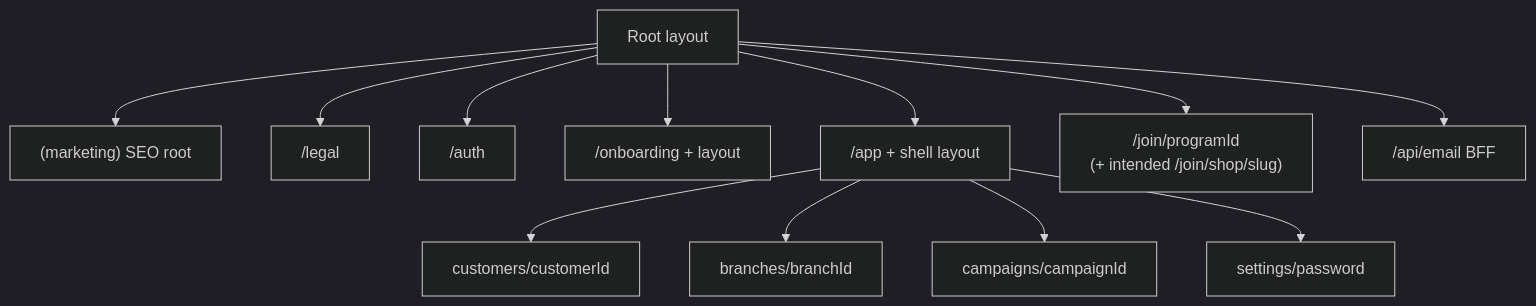
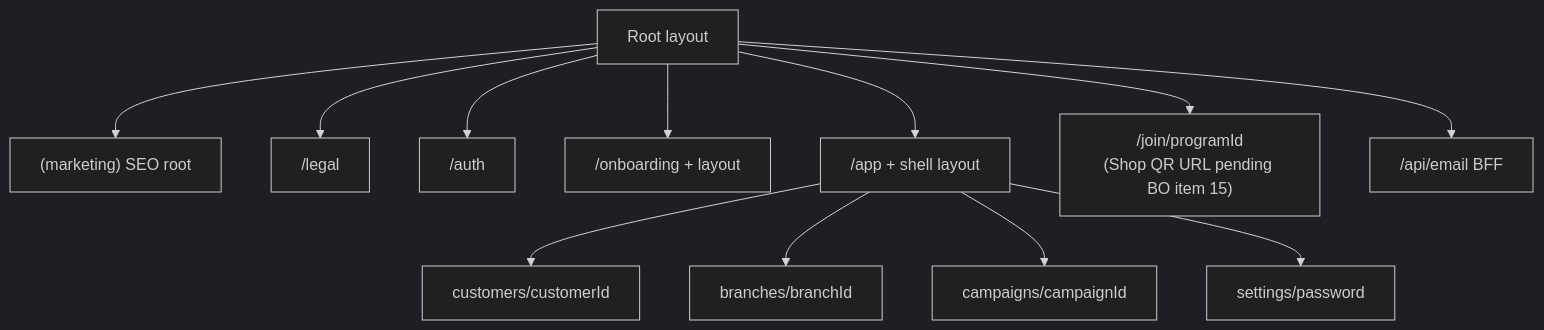
The diagram in docs/frontend/02-route-migration.md (Ali-sherif/loyollo-web), drawn with Mermaid (dark theme) before and after one commit. The commit also changed other lines of this file and 29 other files, not shown here.

First line of the commit message:
docs: update product manager meeting report and architecture documentation for loyalty programs and backend stack

````diff
--- a/docs/frontend/02-route-migration.md
+++ b/docs/frontend/02-route-migration.md
@@ -114,14 +114,14 @@
 ```mermaid
 flowchart TD
   Root[Root layout] --> Marketing["(marketing) SEO root"]
   Root --> Legal["/legal"]
   Root --> Auth["/auth"]
   Root --> Onboarding["/onboarding + layout"]
   Root --> AppShell["/app + shell layout"]
-  Root --> Join["/join/programId\n(+ intended /join/shop/slug)"]
+  Root --> Join["/join/programId\n(Shop QR URL pending BO item 15)"]
   Root --> Api["/api/email BFF"]
   AppShell --> Customers["customers/customerId"]
   AppShell --> Branches["branches/branchId"]
   AppShell --> Campaigns["campaigns/campaignId"]
   AppShell --> Settings["settings/password"]
 ```
````
